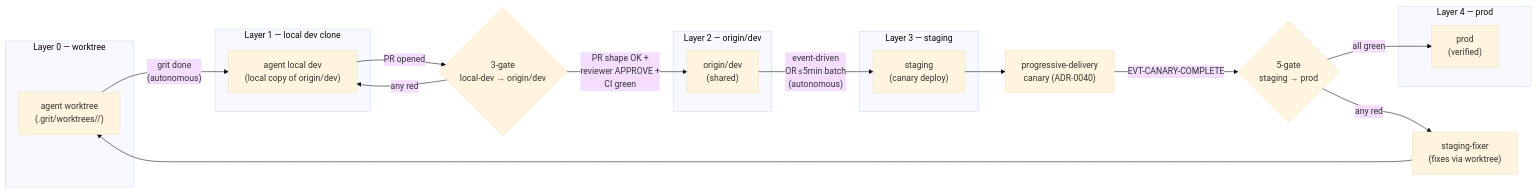
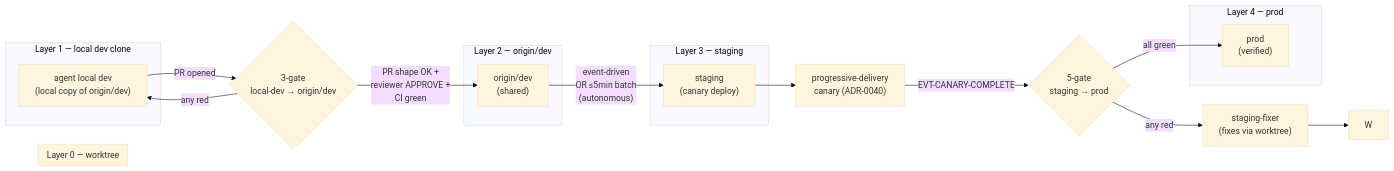
The diagram in docs/advanced-cicd/branch-pipeline/branch-pipeline-architecture.md (oyatie/oyatie), drawn with Mermaid (base theme) before and after one commit. The commit also changed other lines of this file and 241 other files, not shown here.

````diff
--- a/docs/advanced-cicd/branch-pipeline/branch-pipeline-architecture.md
+++ b/docs/advanced-cicd/branch-pipeline/branch-pipeline-architecture.md
@@ -45,29 +43,27 @@
 ```mermaid
 flowchart LR
   subgraph A0["Layer 0 — worktree"]
-    W["agent worktree<br/>(.grit/worktrees/<id>/)"]
   end
   subgraph A1["Layer 1 — local dev clone"]
     LD["agent local dev<br/>(local copy of origin/dev)"]
   end
   subgraph A2["Layer 2 — origin/dev"]
     OD["origin/dev<br/>(shared)"]
   end
   subgraph A3["Layer 3 — staging"]
     ST["staging<br/>(canary deploy)"]
   end
   subgraph A4["Layer 4 — prod"]
     PR["prod<br/>(verified)"]
   end
 
-  W -->|"grit done<br/>(autonomous)"| LD
   LD -->|"PR opened"| G1{"3-gate<br/>local-dev → origin/dev"}
   G1 -->|"PR shape OK +<br/>reviewer APPROVE +<br/>CI green"| OD
   G1 -->|"any red"| LD
   OD -->|"event-driven<br/>OR ≤5min batch<br/>(autonomous)"| ST
   ST --> CAN["progressive-delivery<br/>canary (ADR-0040)"]
   CAN -->|"EVT-CANARY-COMPLETE"| G2{"5-gate<br/>staging → prod"}
   G2 -->|"all green"| PR
   G2 -->|"any red"| FX["staging-fixer<br/>(fixes via worktree)"]
   FX --> W
 ```
````
